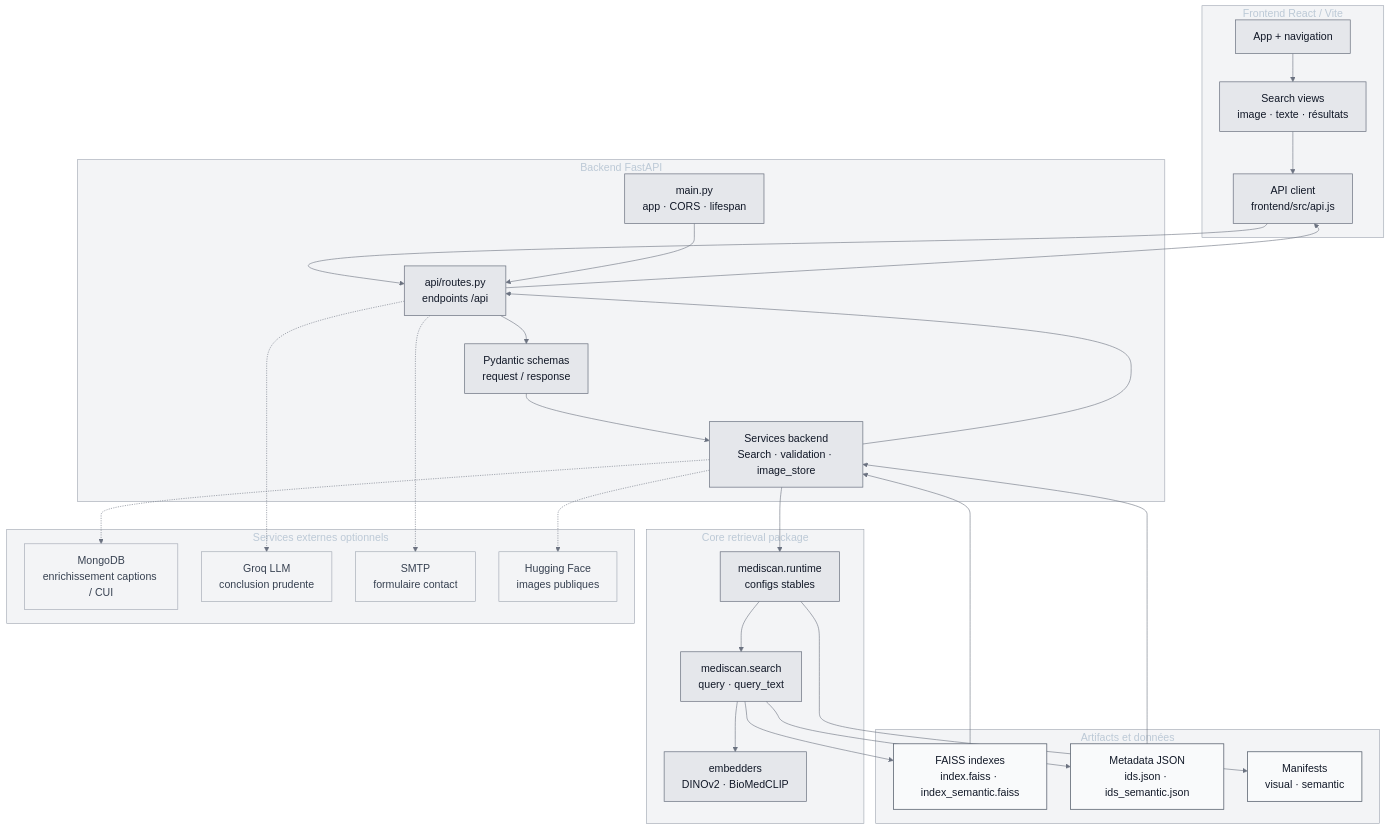
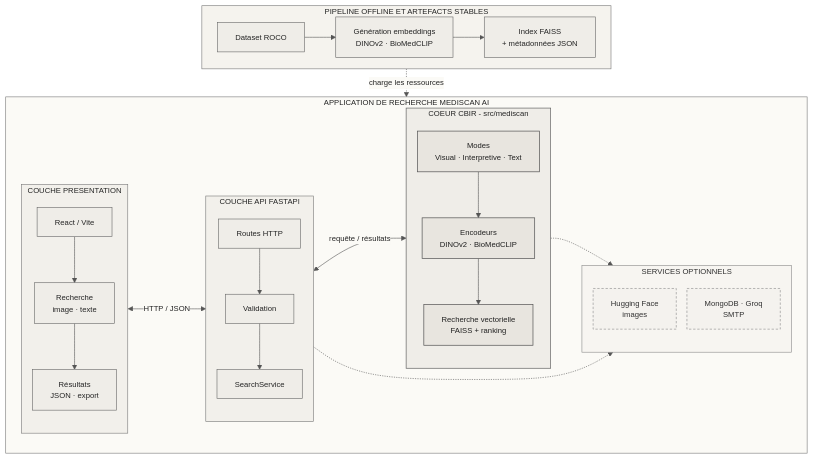
One commit to RayaneWebDev/Mediscan-AI changed the diagram in README.md. Above: the diagram before and after it, drawn with Mermaid.

Commit message:
docs: refine architecture diagram

````diff
--- a/README.md
+++ b/README.md
@@ -276,56 +276,66 @@
 ```mermaid
-%%{init: {"theme": "base", "flowchart": {"htmlLabels": true, "nodeSpacing": 40, "rankSpacing": 48}, "themeVariables": {"fontFamily": "Inter, Arial, sans-serif", "fontSize": "18px", "primaryColor": "#1f2933", "primaryTextColor": "#f8fafc", "primaryBorderColor": "#9ca3af", "lineColor": "#6b7280", "clusterBkg": "#f3f4f6", "clusterBorder": "#9ca3af"}}}%%
+%%{init: {"theme": "base", "flowchart": {"htmlLabels": true, "nodeSpacing": 18, "rankSpacing": 28, "diagramPadding": 8, "curve": "basis"}, "themeVariables": {"fontFamily": "Inter, Arial, sans-serif", "fontSize": "13px", "background": "#fbfaf6", "primaryColor": "#efede8", "primaryTextColor": "#242424", "primaryBorderColor": "#666666", "lineColor": "#555555", "clusterBkg": "#f5f3ee", "clusterBorder": "#777777", "edgeLabelBackground": "#fbfaf6"}}}%%
 flowchart TB
-  subgraph FRONT["Frontend React / Vite"]
-    APPUI["App + navigation"]:::node
-    SEARCHUI["Search views<br/>image · texte · résultats"]:::node
-    CLIENT["API client<br/>frontend/src/api.js"]:::node
+  subgraph OFF["PIPELINE OFFLINE ET ARTEFACTS STABLES"]
+    direction LR
+    DATA["Dataset ROCO"]
+    BUILD["Génération embeddings<br/>DINOv2 · BioMedCLIP"]
+    ART["Index FAISS<br/>+ métadonnées JSON"]
+    DATA --> BUILD --> ART
   end
 
-  subgraph BACK["Backend FastAPI"]
-    MAIN["main.py<br/>app · CORS · lifespan"]:::node
-    ROUTES["api/routes.py<br/>endpoints /api"]:::node
-    SCHEMA["Pydantic schemas<br/>request / response"]:::node
-    SERVICES["Services backend<br/>Search · validation · image_store"]:::node
+  subgraph RUN["APPLICATION DE RECHERCHE MEDISCAN AI"]
+    direction LR
+
+    subgraph UI["COUCHE PRESENTATION"]
+      direction TB
+      REACT["React / Vite"]
+      SCREEN["Recherche<br/>image · texte"]
+      RESULT["Résultats<br/>JSON · export"]
+      REACT --> SCREEN --> RESULT
+    end
+
+    subgraph API["COUCHE API FASTAPI"]
+      direction TB
+      ROUTES["Routes HTTP"]
+      VALID["Validation"]
+      SERVICE["SearchService"]
+      ROUTES --> VALID --> SERVICE
+    end
+
+    subgraph CORE["COEUR CBIR - src/mediscan"]
+      direction TB
+      MODES["Modes<br/>Visual · Interpretive · Text"]
+      MODELS["Encodeurs<br/>DINOv2 · BioMedCLIP"]
+      RETRIEVAL["Recherche vectorielle<br/>FAISS + ranking"]
+      MODES --> MODELS --> RETRIEVAL
+    end
+
+    subgraph EXT["SERVICES OPTIONNELS"]
+      direction TB
+      CDN["Hugging Face<br/>images"]
+      OPT["MongoDB · Groq<br/>SMTP"]
+    end
+
+    SCREEN <-->|HTTP / JSON| ROUTES
+    SERVICE <-->|requête / résultats| MODES
+    RETRIEVAL -.-> CDN
+    SERVICE -.-> OPT
   end
 
-  subgraph CORE["Core retrieval package"]
-    RUNTIME["mediscan.runtime<br/>configs stables"]:::node
-    SEARCH["mediscan.search<br/>query · query_text"]:::node
-    EMBED["embedders<br/>DINOv2 · BioMedCLIP"]:::node
-  end
+  ART -.->|charge les ressources| RETRIEVAL
 
-  subgraph ART["Artifacts et données"]
-    INDEX["FAISS indexes<br/>index.faiss · index_semantic.faiss"]:::store
-    IDS["Metadata JSON<br/>ids.json · ids_semantic.json"]:::store
-    MANIFEST["Manifests<br/>visual · semantic"]:::store
-  end
+  classDef node fill:#efede8,color:#242424,stroke:#666666,stroke-width:1px;
+  classDef core fill:#e8e5df,color:#202020,stroke:#555555,stroke-width:1.2px;
+  classDef optional fill:#f4f2ee,color:#303030,stroke:#888888,stroke-width:1px,stroke-dasharray:4 3;
+  class DATA,BUILD,ART,REACT,SCREEN,RESULT,ROUTES,VALID,SERVICE node;
+  class MODES,MODELS,RETRIEVAL core;
+  class CDN,OPT optional;
 
-  subgraph EXT["Services externes optionnels"]
-    MONGO["MongoDB<br/>enrichissement captions / CUI"]:::optional
-    GROQ["Groq LLM<br/>conclusion prudente"]:::optional
-    SMTP["SMTP<br/>formulaire contact"]:::optional
-    HF["Hugging Face<br/>images publiques"]:::optional
-  end
-
-  APPUI --> SEARCHUI --> CLIENT --> ROUTES
-  MAIN --> ROUTES
-  ROUTES --> SCHEMA --> SERVICES
-  SERVICES --> RUNTIME --> SEARCH --> EMBED
-  SEARCH --> INDEX
-  SEARCH --> IDS
-  RUNTIME --> MANIFEST
-  SERVICES -.-> MONGO
-  ROUTES -.-> GROQ
-  ROUTES -.-> SMTP
-  SERVICES -.-> HF
-  INDEX --> SERVICES
-  IDS --> SERVICES
-  SERVICES --> ROUTES --> CLIENT
-
-  classDef dark fill:#1f2933,color:#f8fafc,stroke:#111827,stroke-width:1.2px;
-  classDef node fill:#e5e7eb,color:#111827,stroke:#6b7280,stroke-width:1.2px;
-  classDef store fill:#f9fafb,color:#111827,stroke:#4b5563,stroke-width:1.2px;
-  classDef result fill:#d1d5db,color:#111827,stroke:#374151,stroke-width:1.2px;
-  classDef optional fill:#f3f4f6,color:#374151,stroke:#9ca3af,stroke-width:1px;
+  style OFF fill:#f5f3ee,stroke:#777777,stroke-width:1px,color:#242424
+  style RUN fill:#fbfaf6,stroke:#777777,stroke-width:1px,color:#242424
+  style UI fill:#f2f0eb,stroke:#777777,stroke-width:1px,color:#242424
+  style API fill:#f2f0eb,stroke:#777777,stroke-width:1px,color:#242424
+  style CORE fill:#efede8,stroke:#666666,stroke-width:1.2px,color:#242424
+  style EXT fill:#f7f5f1,stroke:#8a8a8a,stroke-width:1px,color:#303030
 ```
````
